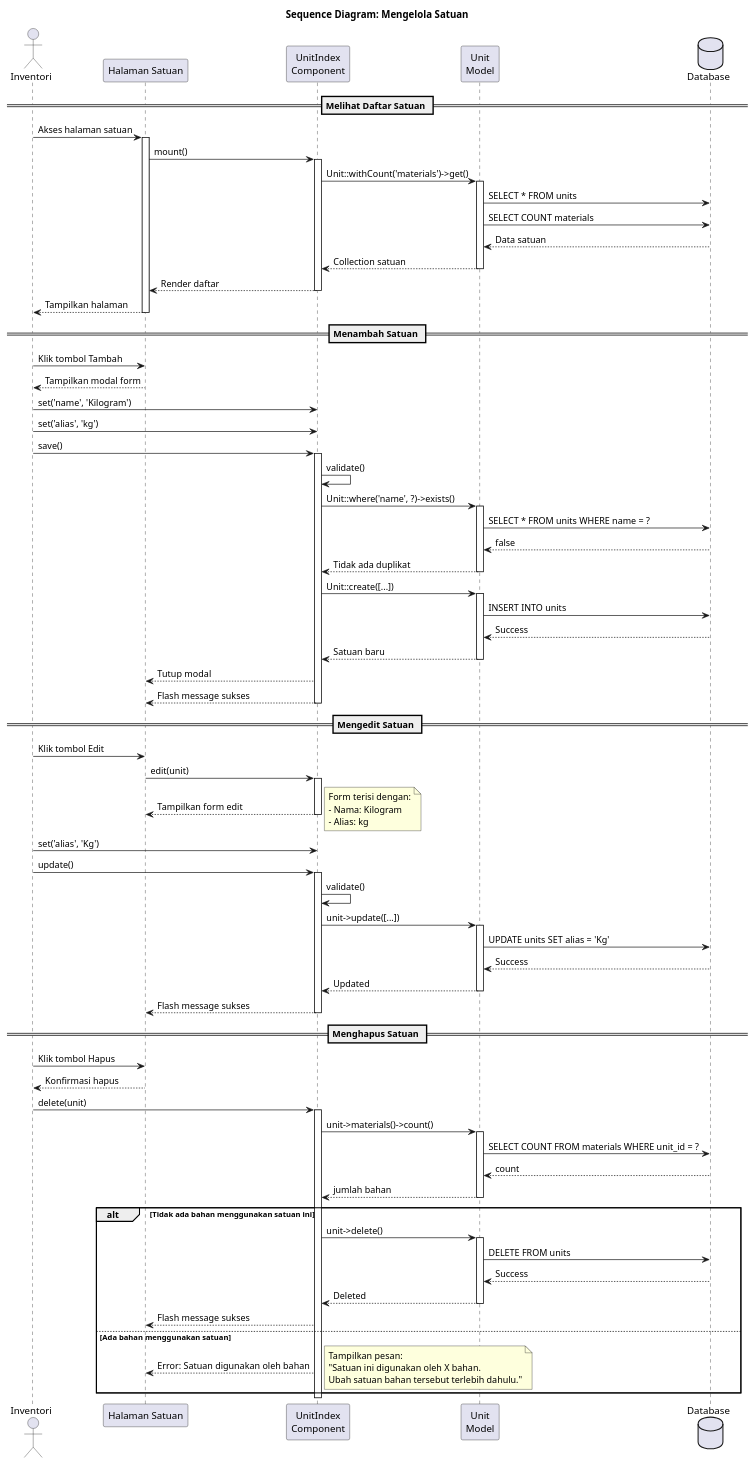
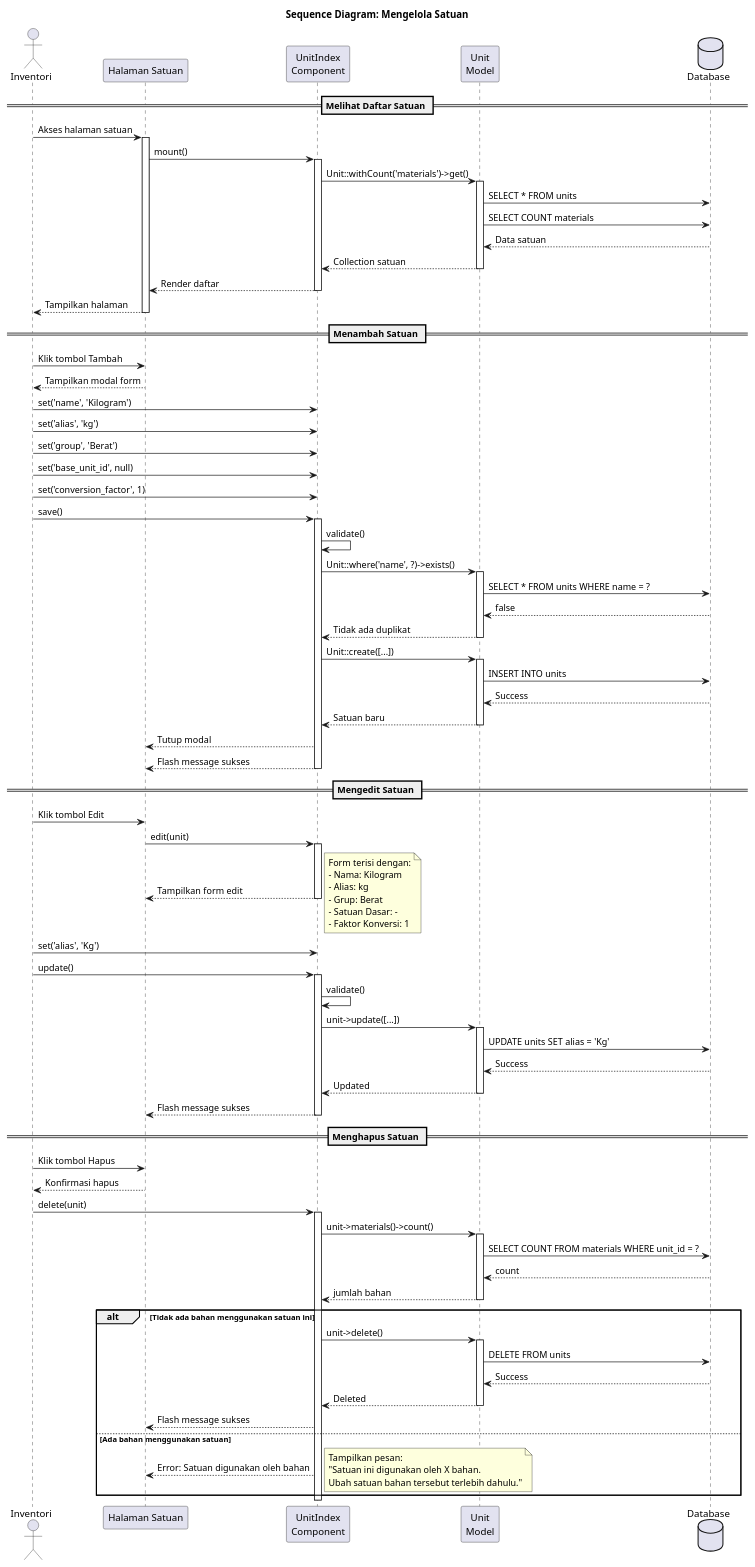
One commit to pawon3d/pawon3d changed the diagram in docs/diagrams/puml/03_sequence_kelola_satuan.puml. Above: the diagram before and after it, drawn with PlantUML. The commit also changed 15 other files, not shown here.

```diff
--- a/docs/diagrams/puml/03_sequence_kelola_satuan.puml
+++ b/docs/diagrams/puml/03_sequence_kelola_satuan.puml
@@ -1,114 +1,120 @@
 @startuml Sequence Diagram - Mengelola Satuan
 
 title Sequence Diagram: Mengelola Satuan
 
 actor Inventori as I
 participant "Halaman Satuan" as H
 participant "UnitIndex\nComponent" as U
 participant "Unit\nModel" as M
 database "Database" as DB
 
 == Melihat Daftar Satuan ==
 
 I -> H: Akses halaman satuan
 activate H
 H -> U: mount()
 activate U
 U -> M: Unit::withCount('materials')->get()
 activate M
 M -> DB: SELECT * FROM units
 M -> DB: SELECT COUNT materials
 DB --> M: Data satuan
 M --> U: Collection satuan
 deactivate M
 U --> H: Render daftar
 deactivate U
 H --> I: Tampilkan halaman
 deactivate H
 
 == Menambah Satuan ==
 
 I -> H: Klik tombol Tambah
 H --> I: Tampilkan modal form
 I -> U: set('name', 'Kilogram')
 I -> U: set('alias', 'kg')
+I -> U: set('group', 'Berat')
+I -> U: set('base_unit_id', null)
+I -> U: set('conversion_factor', 1)
 I -> U: save()
 activate U
 U -> U: validate()
 U -> M: Unit::where('name', ?)->exists()
 activate M
 M -> DB: SELECT * FROM units WHERE name = ?
 DB --> M: false
 M --> U: Tidak ada duplikat
 deactivate M
 
 U -> M: Unit::create([...])
 activate M
 M -> DB: INSERT INTO units
 DB --> M: Success
 M --> U: Satuan baru
 deactivate M
 U --> H: Tutup modal
 U --> H: Flash message sukses
 deactivate U
 
 == Mengedit Satuan ==
 
 I -> H: Klik tombol Edit
 H -> U: edit(unit)
 activate U
 U --> H: Tampilkan form edit
 deactivate U
 
 note right
   Form terisi dengan:
   - Nama: Kilogram
   - Alias: kg
+  - Grup: Berat
+  - Satuan Dasar: -
+  - Faktor Konversi: 1
 end note
 
 I -> U: set('alias', 'Kg')
 I -> U: update()
 activate U
 U -> U: validate()
 U -> M: unit->update([...])
 activate M
 M -> DB: UPDATE units SET alias = 'Kg'
 DB --> M: Success
 M --> U: Updated
 deactivate M
 U --> H: Flash message sukses
 deactivate U
 
 == Menghapus Satuan ==
 
 I -> H: Klik tombol Hapus
 H --> I: Konfirmasi hapus
 I -> U: delete(unit)
 activate U
 U -> M: unit->materials()->count()
 activate M
 M -> DB: SELECT COUNT FROM materials WHERE unit_id = ?
 DB --> M: count
 M --> U: jumlah bahan
 deactivate M
 
 alt Tidak ada bahan menggunakan satuan ini
     U -> M: unit->delete()
     activate M
     M -> DB: DELETE FROM units
     DB --> M: Success
     M --> U: Deleted
     deactivate M
     U --> H: Flash message sukses
 else Ada bahan menggunakan satuan
     U --> H: Error: Satuan digunakan oleh bahan
     note right
       Tampilkan pesan:
       "Satuan ini digunakan oleh X bahan.
       Ubah satuan bahan tersebut terlebih dahulu."
     end note
 end
 
 deactivate U
 
 @enduml
```
